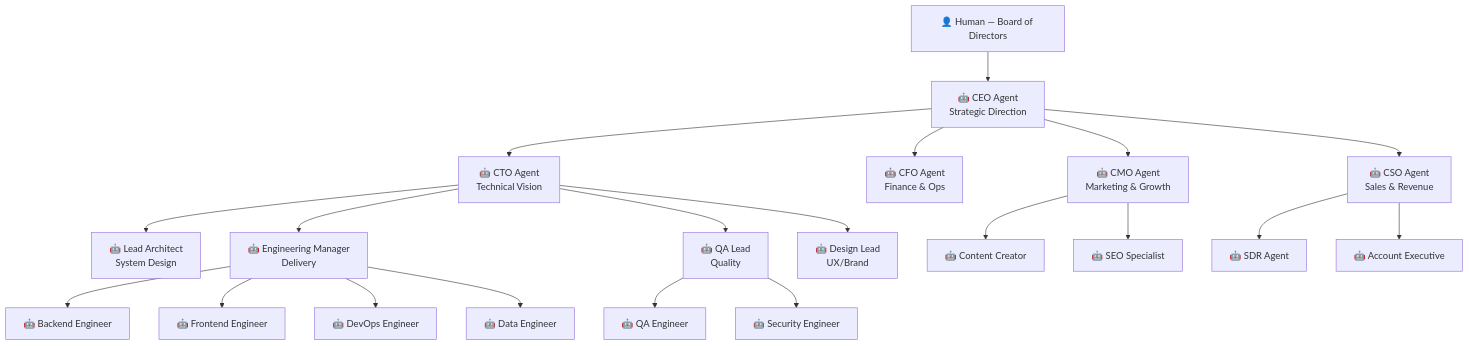
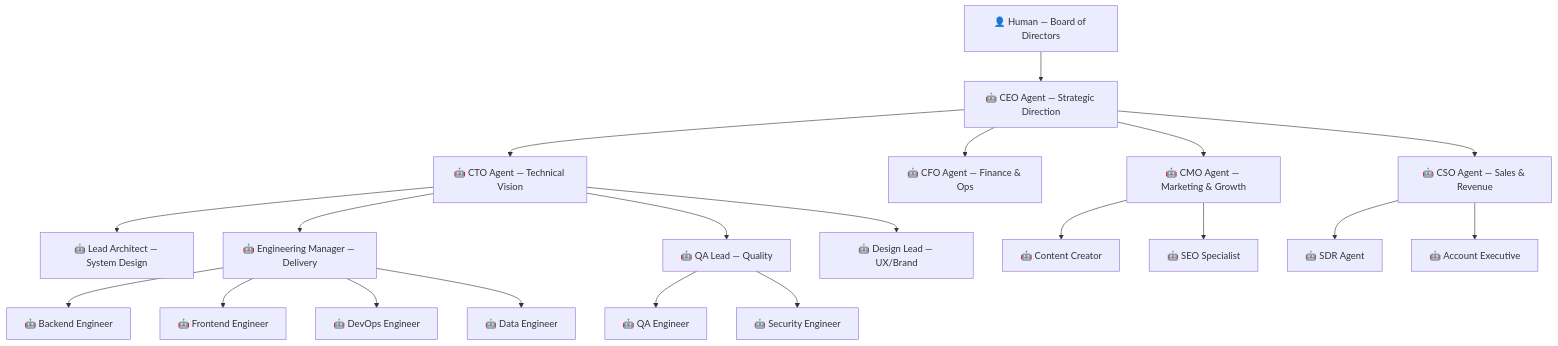
One commit to subzone/my-it-crew changed the first of 11 diagrams in plan.md. Above: the diagram before and after it, drawn with Mermaid. The commit also changed other lines of this file, not shown here.

Commit message:
fix: resolve Mermaid parse errors — use quoted labels instead of angle brackets and parentheses

````diff
--- a/plan.md
+++ b/plan.md
@@ -13,55 +13,55 @@
 ```mermaid
 graph TD
-    BOARD[👤 Human — Board of Directors]
+    BOARD["👤 Human — Board of Directors"]
     
-    CEO[🤖 CEO Agent<br/>Strategic Direction]
+    CEO["🤖 CEO Agent — Strategic Direction"]
     
-    CTO[🤖 CTO Agent<br/>Technical Vision]
-    CFO[🤖 CFO Agent<br/>Finance & Ops]
-    CMO[🤖 CMO Agent<br/>Marketing & Growth]
-    CSO[🤖 CSO Agent<br/>Sales & Revenue]
+    CTO["🤖 CTO Agent — Technical Vision"]
+    CFO["🤖 CFO Agent — Finance & Ops"]
+    CMO["🤖 CMO Agent — Marketing & Growth"]
+    CSO["🤖 CSO Agent — Sales & Revenue"]
     
-    ARCH[🤖 Lead Architect<br/>System Design]
-    EM[🤖 Engineering Manager<br/>Delivery]
-    QAL[🤖 QA Lead<br/>Quality]
-    DL[🤖 Design Lead<br/>UX/Brand]
+    ARCH["🤖 Lead Architect — System Design"]
+    EM["🤖 Engineering Manager — Delivery"]
+    QAL["🤖 QA Lead — Quality"]
+    DL["🤖 Design Lead — UX/Brand"]
     
-    ENG1[🤖 Backend Engineer]
-    ENG2[🤖 Frontend Engineer]
-    ENG3[🤖 DevOps Engineer]
-    ENG4[🤖 Data Engineer]
+    ENG1["🤖 Backend Engineer"]
+    ENG2["🤖 Frontend Engineer"]
+    ENG3["🤖 DevOps Engineer"]
+    ENG4["🤖 Data Engineer"]
     
-    QA1[🤖 QA Engineer]
-    QA2[🤖 Security Engineer]
+    QA1["🤖 QA Engineer"]
+    QA2["🤖 Security Engineer"]
     
-    MKT1[🤖 Content Creator]
-    MKT2[🤖 SEO Specialist]
+    MKT1["🤖 Content Creator"]
+    MKT2["🤖 SEO Specialist"]
     
-    SALES1[🤖 SDR Agent]
-    SALES2[🤖 Account Executive]
+    SALES1["🤖 SDR Agent"]
+    SALES2["🤖 Account Executive"]
     
     BOARD --> CEO
     CEO --> CTO
     CEO --> CFO
     CEO --> CMO
     CEO --> CSO
     
     CTO --> ARCH
     CTO --> EM
     CTO --> QAL
     CTO --> DL
     
     EM --> ENG1
     EM --> ENG2
     EM --> ENG3
     EM --> ENG4
     
     QAL --> QA1
     QAL --> QA2
     
     CMO --> MKT1
     CMO --> MKT2
     
     CSO --> SALES1
     CSO --> SALES2
 ```
````
